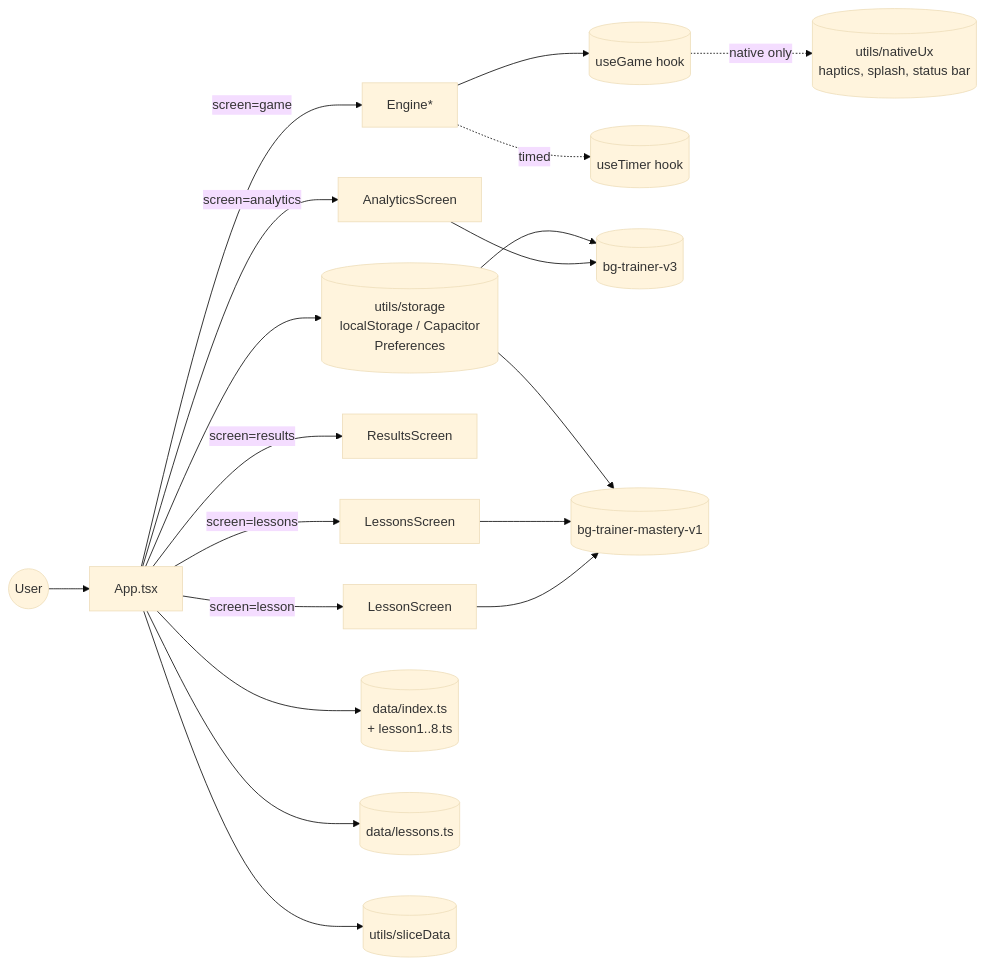
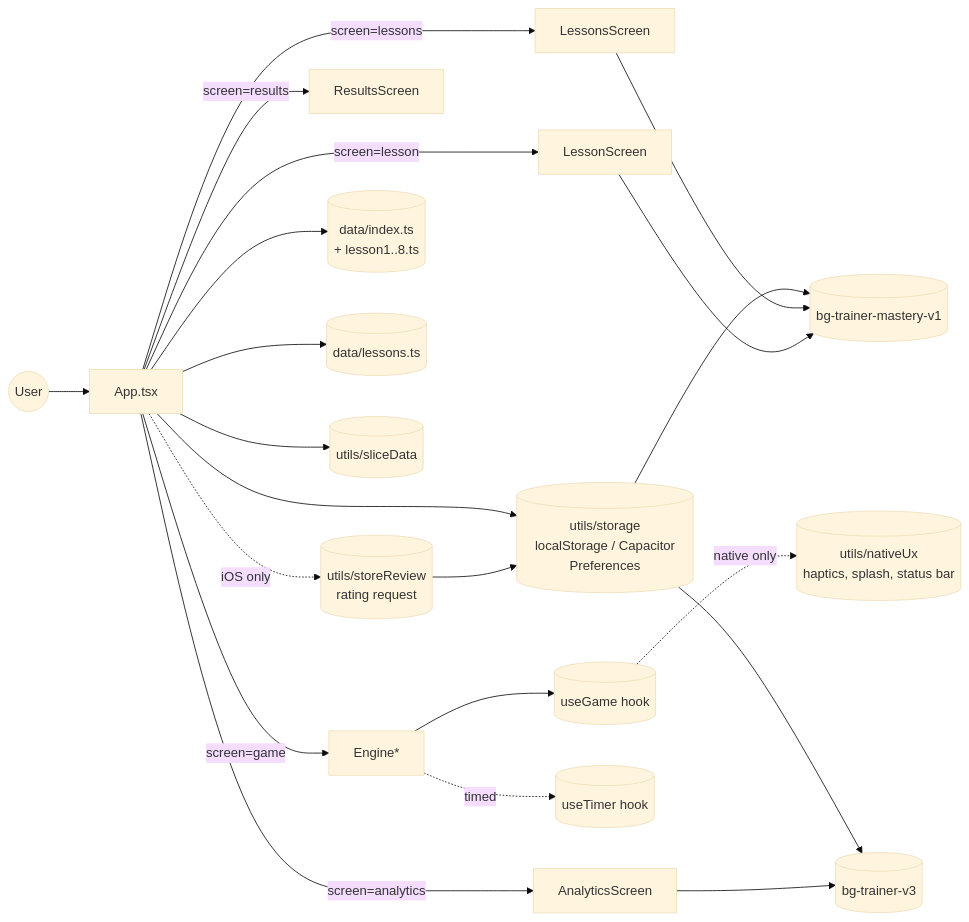
The diagram in documents/design.md (korchasa/bg-trainer), drawn with Mermaid (base theme) before and after one commit. The commit also changed other lines of this file and 12 other files, not shown here.

First line of the commit message:
feat(ios): ask for an App Store rating after the third finished session

````diff
--- a/documents/design.md
+++ b/documents/design.md
@@ -9,21 +9,23 @@
   ```mermaid
   flowchart LR
     User((User)) --> App[App.tsx]
     App -->|screen=lessons| Lessons[LessonsScreen]
     App -->|screen=lesson| Lesson[LessonScreen]
     App -->|screen=game| Engine[Engine*]
     App -->|screen=results| Results[ResultsScreen]
     App -->|screen=analytics| Analytics[AnalyticsScreen]
     Engine --> useGame[(useGame hook)]
     Engine -.timed.-> useTimer[(useTimer hook)]
     App --> Storage[(utils/storage\n localStorage / Capacitor Preferences)]
     Storage --> History[(bg-trainer-v3)]
     Storage --> Mastery[(bg-trainer-mastery-v1)]
     useGame -.native only.-> NativeUx[(utils/nativeUx\n haptics, splash, status bar)]
+    App -.iOS only.-> Review[(utils/storeReview\n rating request)]
+    Review --> Storage
     Analytics --> History
     Lessons --> Mastery
     Lesson --> Mastery
     App --> Data[(data/index.ts\n + lesson1..8.ts)]
     App --> LessonsData[(data/lessons.ts)]
     App --> Slice[(utils/sliceData)]
   ```
````
